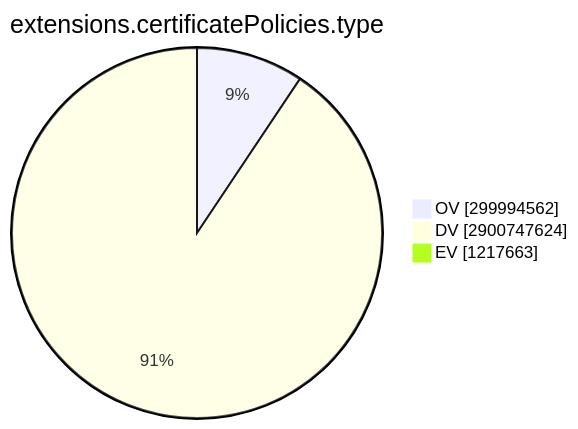
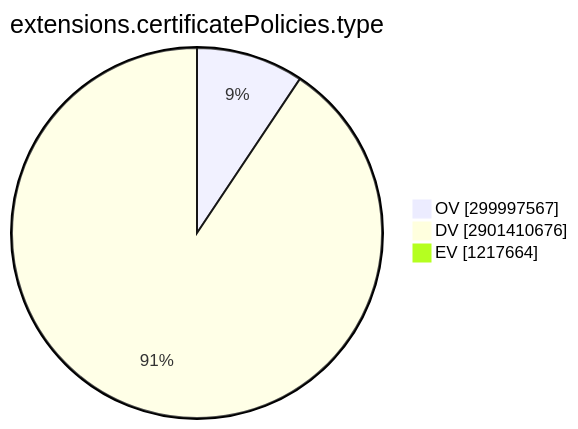
Before and after one commit to christiankrug/ctmonitor_visualization: the ninth of 15 diagrams in TOTAL/README.md, drawn with Mermaid. The commit also changed other lines of this file, not shown here.

````diff
--- a/TOTAL/README.md
+++ b/TOTAL/README.md
@@ -3101,7 +3101,7 @@
 ```mermaid
 pie showData
 title extensions.certificatePolicies.type
-"OV" :299994562
-"DV" :2900747624
-"EV" :1217663
+"OV" :299997567
+"DV" :2901410676
+"EV" :1217664
 ```
````
